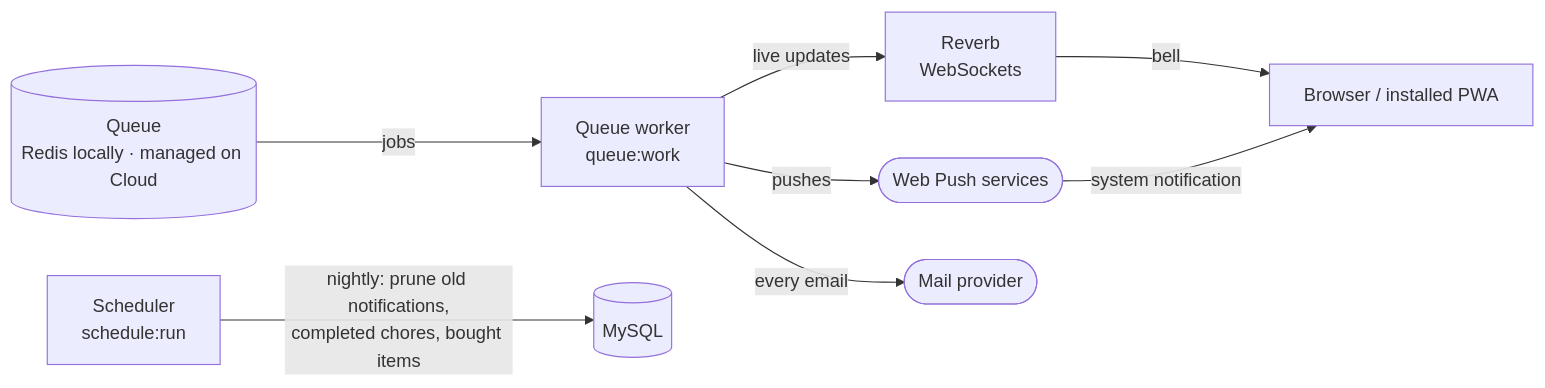
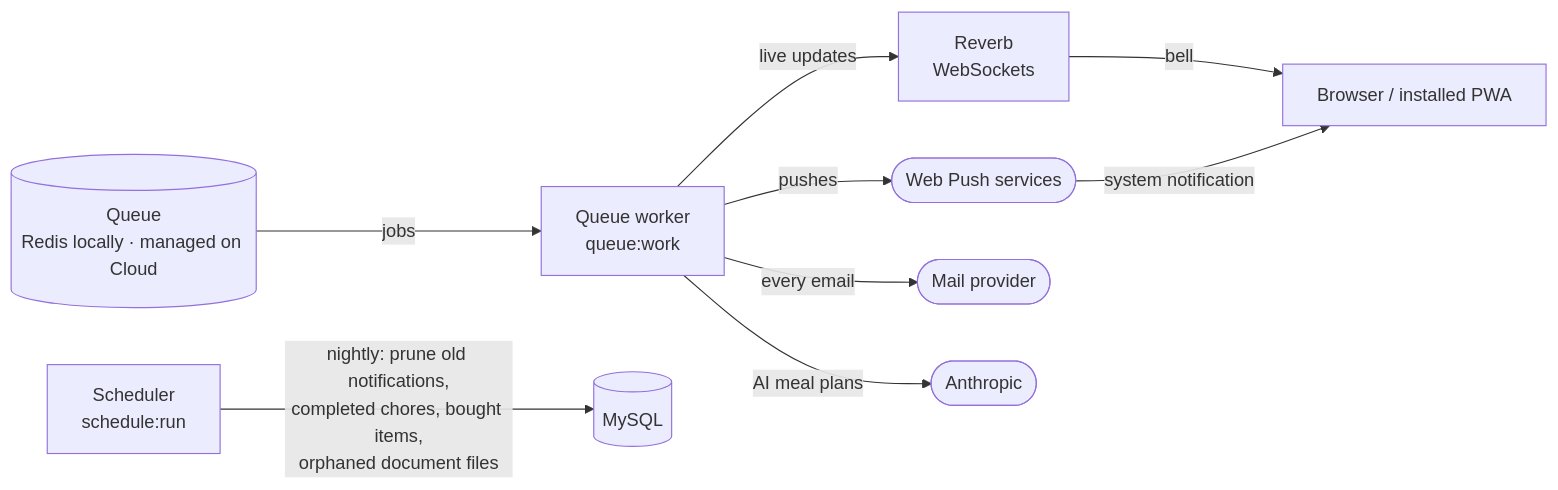
Before and after one commit to owensanders/ryh: the second of 5 diagrams in README.md, drawn with Mermaid. The commit also changed other lines of this file and 22 other files, not shown here.

First line of the commit message:
Write AI meal plans in a queued job, and keep them

````diff
--- a/README.md
+++ b/README.md
@@ -183,19 +185,21 @@
 ```mermaid
 flowchart LR
     redis[("Queue<br/>Redis locally · managed on Cloud")]
     worker["Queue worker<br/>queue:work"]
     reverb["Reverb<br/>WebSockets"]
     push(["Web Push services"])
     mail(["Mail provider"])
+    anthropic(["Anthropic"])
     browser["Browser / installed PWA"]
     scheduler["Scheduler<br/>schedule:run"]
     mysql[("MySQL")]
 
     redis -->|"jobs"| worker
     worker -->|"live updates"| reverb
     worker -->|"pushes"| push
     worker -->|"every email"| mail
+    worker -->|"AI meal plans"| anthropic
     reverb -->|"bell"| browser
     push -->|"system notification"| browser
-    scheduler -->|"nightly: prune old notifications,<br/>completed chores, bought items"| mysql
+    scheduler -->|"nightly: prune old notifications,<br/>completed chores, bought items,<br/>orphaned document files"| mysql
 ```
````
